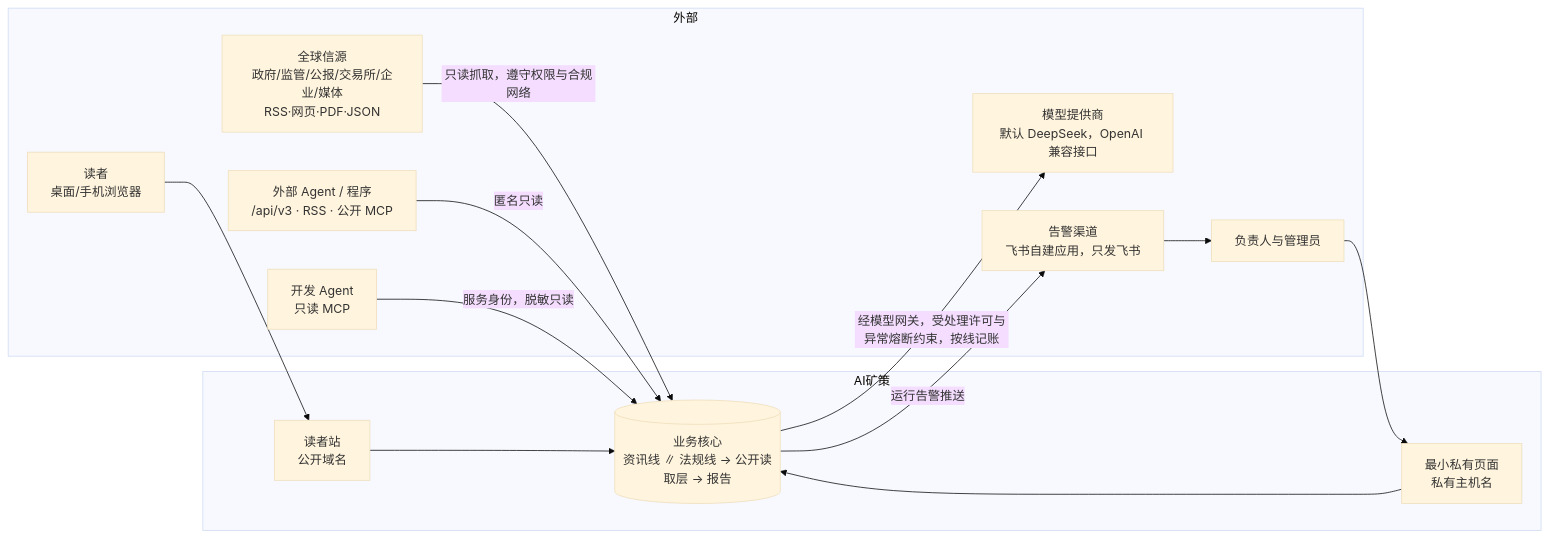
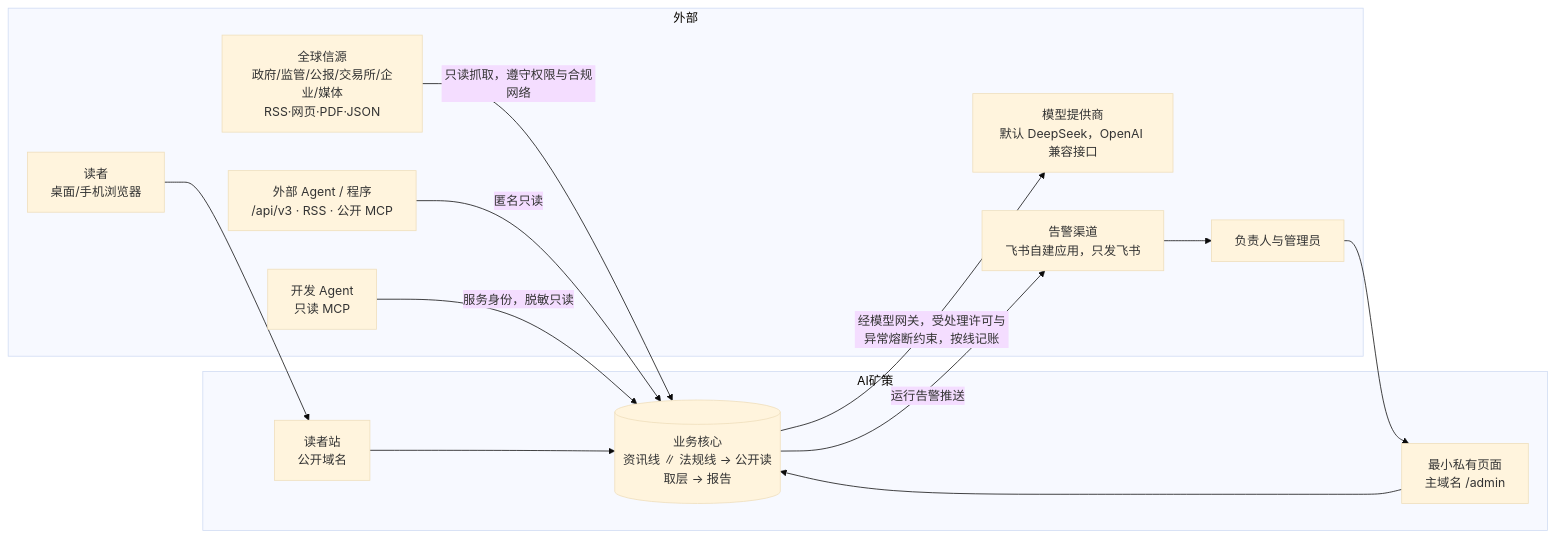
One commit to Crhis-CP/AI-MINE changed the first of 4 diagrams in docs/04-architecture/01-target-architecture.md. Above: the diagram before and after it, drawn with Mermaid (base theme). The commit also changed other lines of this file and 34 other files, not shown here.

````diff
--- a/docs/04-architecture/01-target-architecture.md
+++ b/docs/04-architecture/01-target-architecture.md
@@ -23,24 +23,24 @@
 ```mermaid
 flowchart LR
   subgraph 外部
     SRC[全球信源<br/>政府/监管/公报/交易所/企业/媒体<br/>RSS·网页·PDF·JSON]
     LLM[模型提供商<br/>默认 DeepSeek，OpenAI 兼容接口]
     READER[读者<br/>桌面/手机浏览器]
     AGENT[外部 Agent / 程序<br/>/api/v3 · RSS · 公开 MCP]
     OWNER[负责人与管理员]
     ALERT[告警渠道<br/>飞书自建应用，只发飞书]
     DEV[开发 Agent<br/>只读 MCP]
   end
   subgraph AI矿策
     WEB[读者站<br/>公开域名]
-    PRIV[最小私有页面<br/>私有主机名]
+    PRIV[最小私有页面<br/>主域名 /admin]
     CORE[(业务核心<br/>资讯线 ∥ 法规线 → 公开读取层 → 报告)]
   end
   SRC -->|只读抓取，遵守权限与合规网络| CORE
   CORE -->|经模型网关，受处理许可与异常熔断约束，按线记账| LLM
   READER --> WEB --> CORE
   AGENT -->|匿名只读| CORE
   OWNER --> PRIV --> CORE
   CORE -->|运行告警推送| ALERT --> OWNER
   DEV -->|服务身份，脱敏只读| CORE
 ```
````
